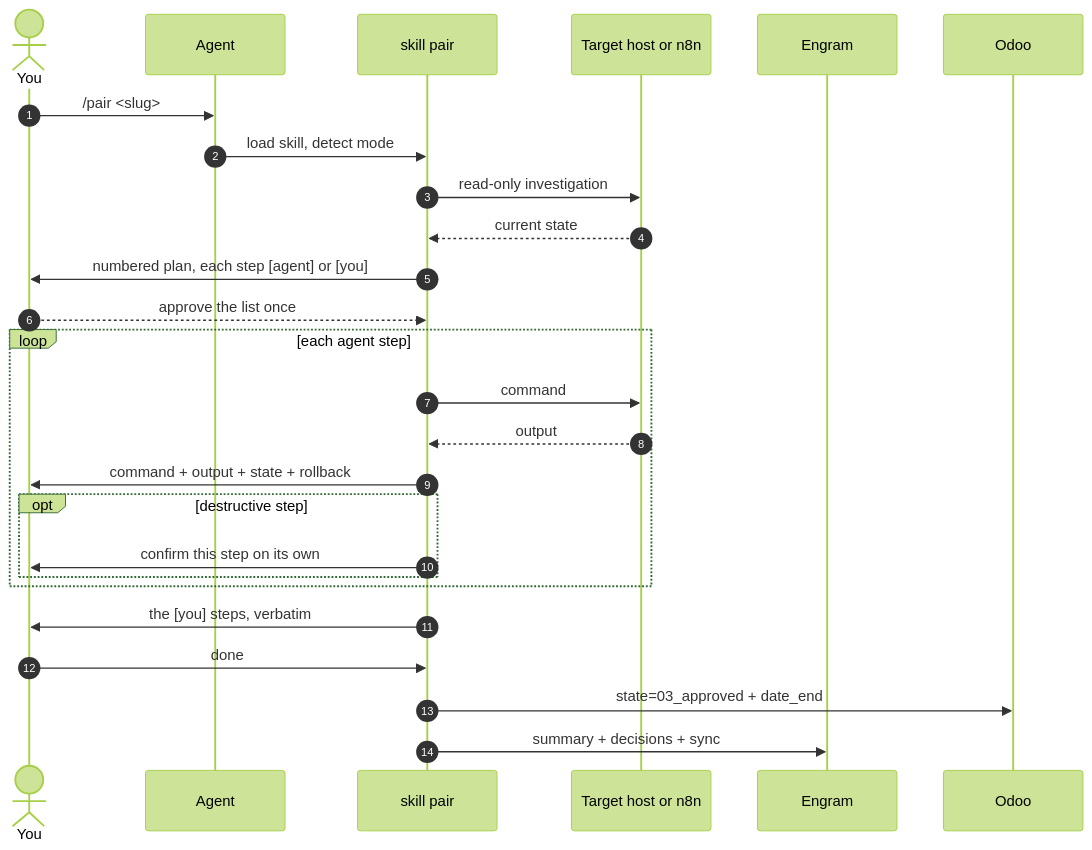
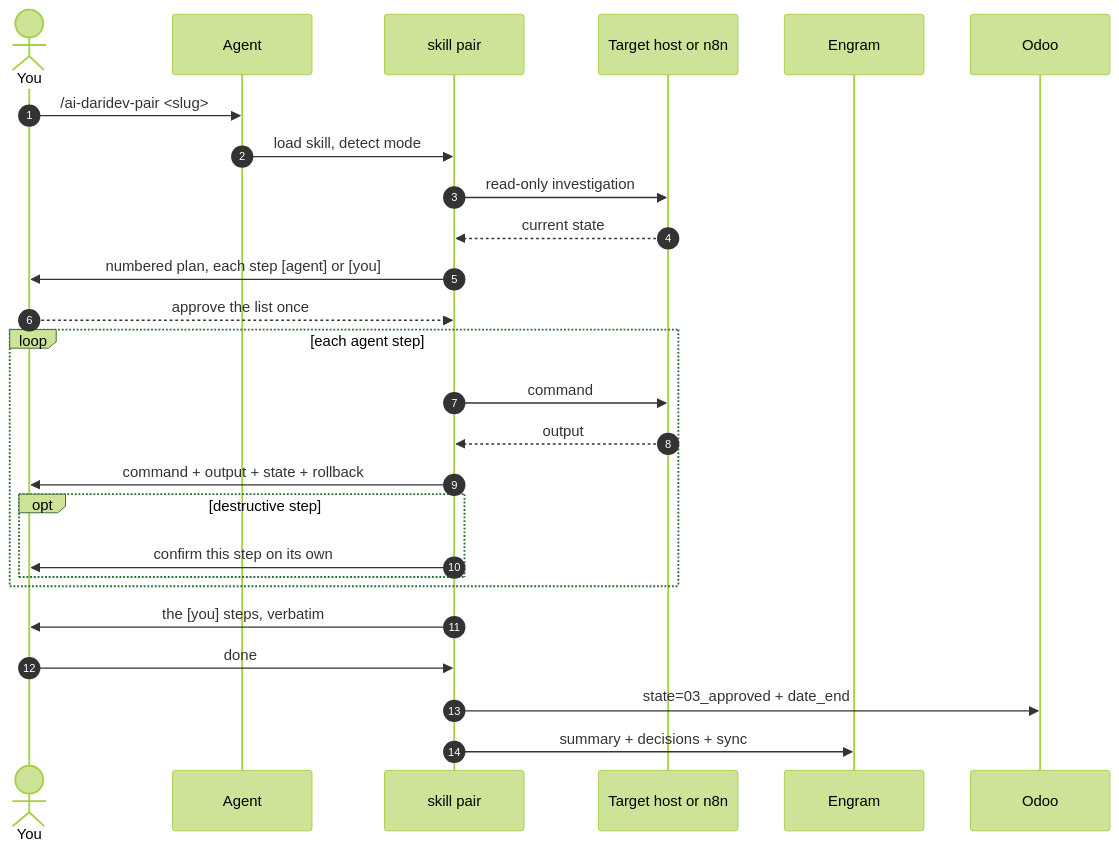
Before and after one commit to darideveloper/ai-daridev: the second of 2 diagrams in docs/workflow.md, drawn with Mermaid (forest theme). The commit also changed other lines of this file and 25 other files, not shown here.

````diff
--- a/docs/workflow.md
+++ b/docs/workflow.md
@@ -63,29 +63,29 @@
 ```mermaid
 sequenceDiagram
     autonumber
     actor You
     participant A as Agent
     participant S as skill pair
     participant H as Target host or n8n
     participant E as Engram
     participant O as Odoo
 
-    You->>A: /pair <slug>
+    You->>A: /ai-daridev-pair <slug>
     A->>S: load skill, detect mode
     S->>H: read-only investigation
     H-->>S: current state
     S->>You: numbered plan, each step [agent] or [you]
     You-->>S: approve the list once
     loop each agent step
         S->>H: command
         H-->>S: output
         S->>You: command + output + state + rollback
         opt destructive step
             S->>You: confirm this step on its own
         end
     end
     S->>You: the [you] steps, verbatim
     You->>S: done
     S->>O: state=03_approved + date_end
     S->>E: summary + decisions + sync
 ```
````
